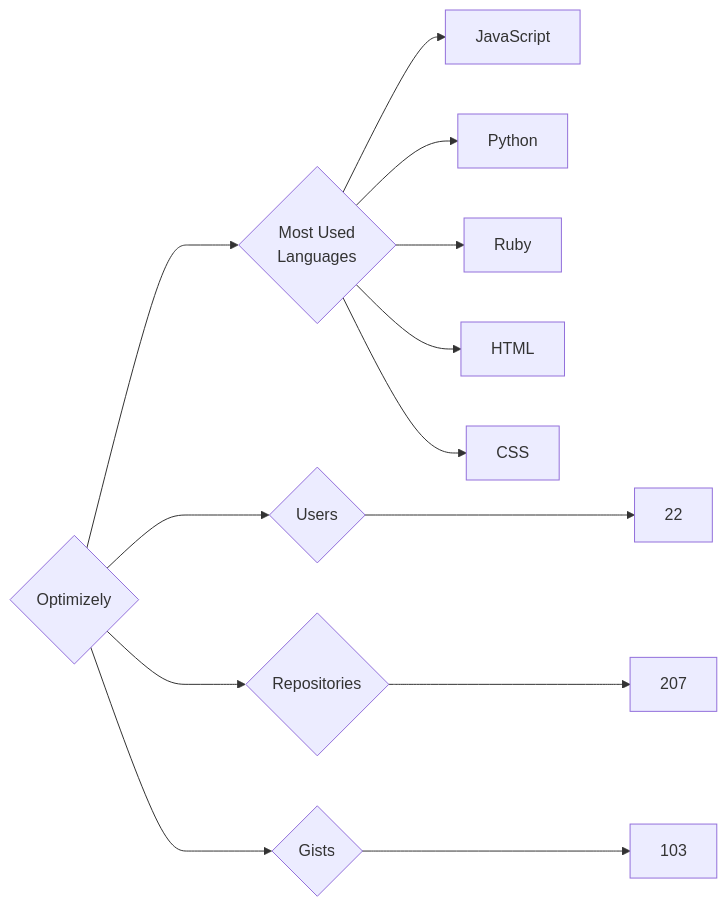
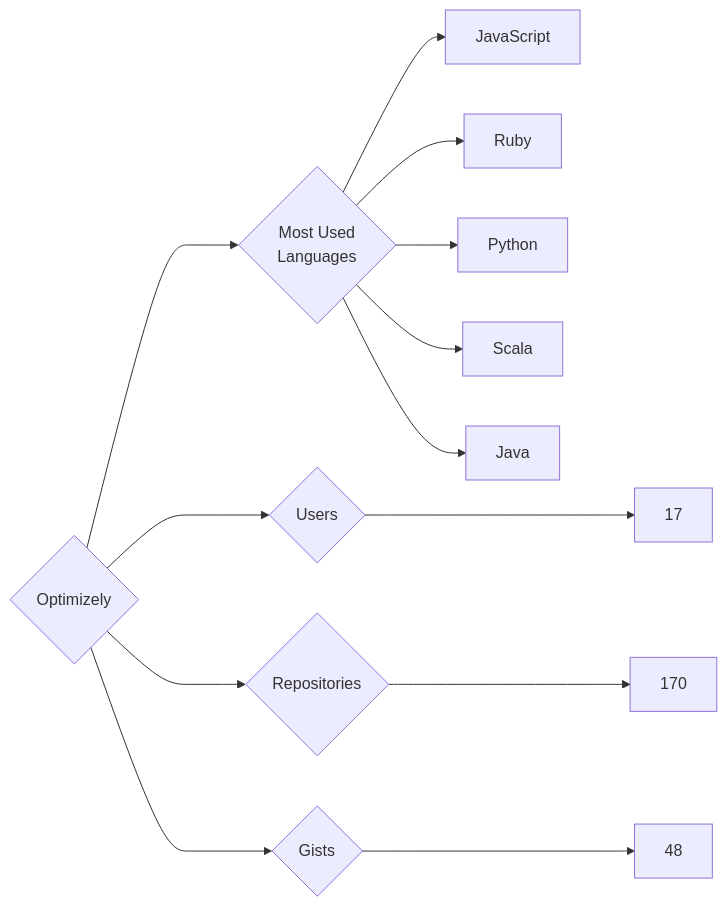
Before and after one commit to trickest/insiders: the diagram in targets/Optimizely/README.md, drawn with Mermaid. The commit also changed 1011 other files, not shown here.

````diff
--- a/targets/Optimizely/README.md
+++ b/targets/Optimizely/README.md
@@ -3,13 +3,13 @@
 ```mermaid
 graph LR
 COMPANY_NAME{Optimizely}
-COMPANY_NAME ---> U{Users} ---> UN[22]
-COMPANY_NAME ---> R{Repositories} ---> RN[207]
-COMPANY_NAME ---> G{Gists} ---> GN[103]
+COMPANY_NAME ---> U{Users} ---> UN[17]
+COMPANY_NAME ---> R{Repositories} ---> RN[170]
+COMPANY_NAME ---> G{Gists} ---> GN[48]
 COMPANY_NAME ---> ML{Most Used<br>Languages}
 ML --> JavaScript[JavaScript]
+ML --> Ruby[Ruby]
 ML --> Python[Python]
-ML --> Ruby[Ruby]
-ML --> HTML[HTML]
-ML --> CSS[CSS]
+ML --> Scala[Scala]
+ML --> Java[Java]
 ```
````
